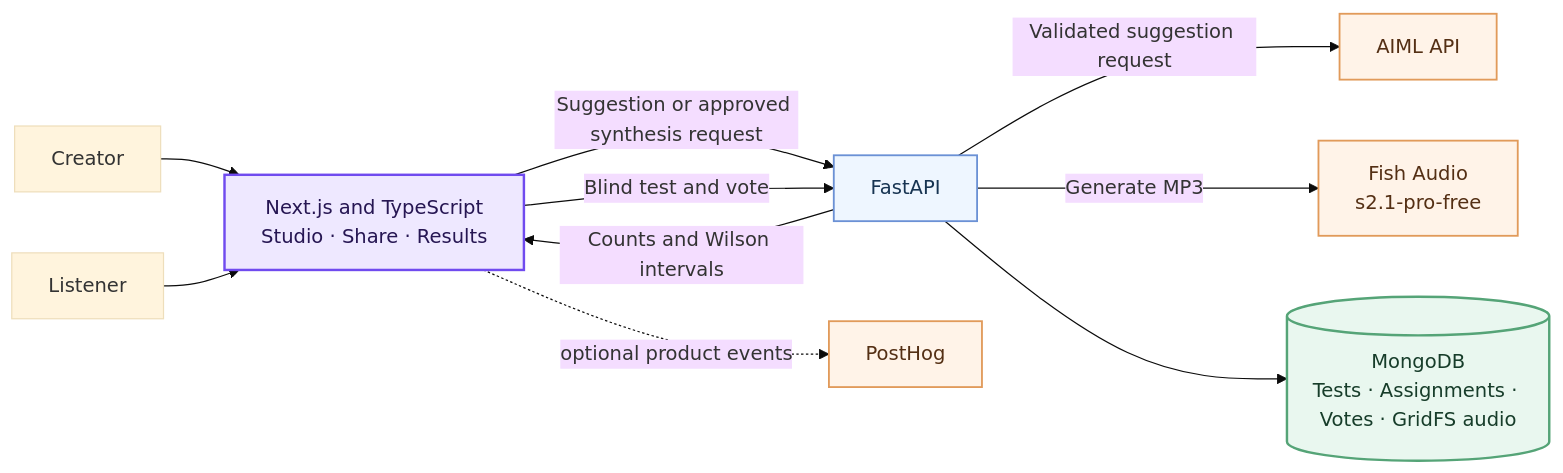
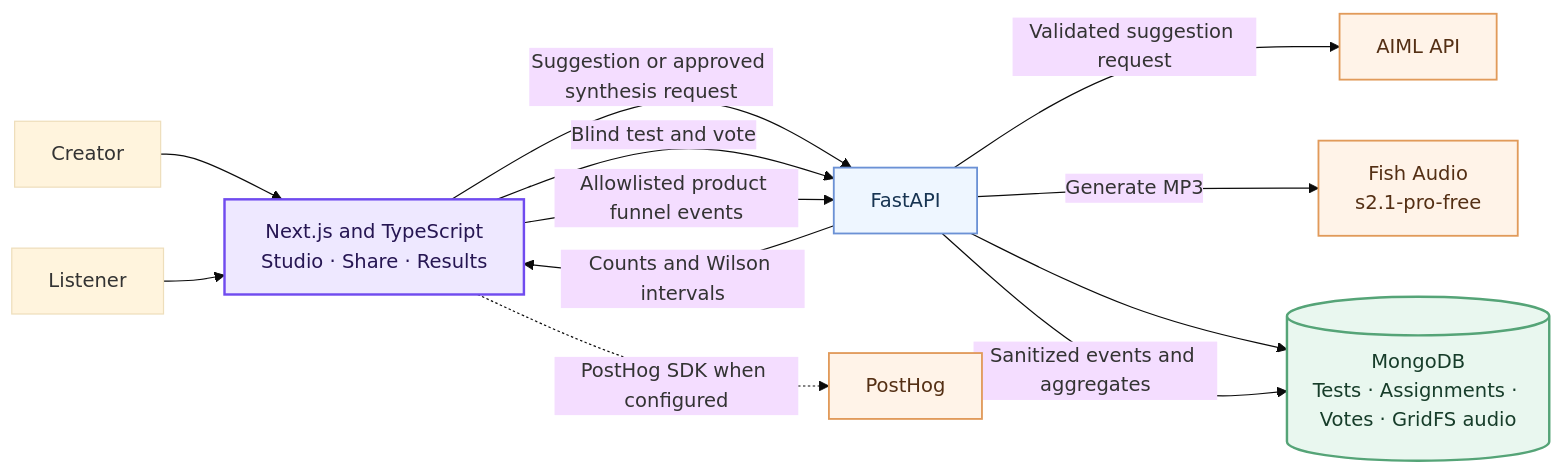
Before and after one commit to NikhilRaikwar/HeardIt: the diagram in README.md, drawn with Mermaid (base theme). The commit also changed other lines of this file and 28 other files, not shown here.

````diff
--- a/README.md
+++ b/README.md
@@ -48,21 +48,23 @@
 ```mermaid
 flowchart LR
   Creator[Creator] --> Web[Next.js and TypeScript<br/>Studio · Share · Results]
   Listener[Listener] --> Web
   Web -->|Suggestion or approved synthesis request| API[FastAPI]
   API -->|Validated suggestion request| AIML[AIML API]
   API -->|Generate MP3| Fish[Fish Audio<br/>s2.1-pro-free]
   API --> DB[(MongoDB<br/>Tests · Assignments · Votes · GridFS audio)]
   Web -->|Blind test and vote| API
   API -->|Counts and Wilson intervals| Web
-  Web -. optional product events .-> PH[PostHog]
+  Web -->|Allowlisted product funnel events| API
+  Web -. PostHog SDK when configured .-> PH[PostHog]
+  API -->|Sanitized events and aggregates| DB
 
   classDef app fill:#eee8ff,stroke:#704bef,color:#261653,stroke-width:2px
   classDef service fill:#eef6ff,stroke:#6b91d5,color:#173452,stroke-width:1.5px
   classDef data fill:#e9f7ef,stroke:#55a477,color:#173d2a,stroke-width:2px
   classDef provider fill:#fff3e8,stroke:#e19a5a,color:#542f14,stroke-width:1.5px
   class Web app
   class API service
   class DB data
   class AIML,Fish,PH provider
 ```
````
